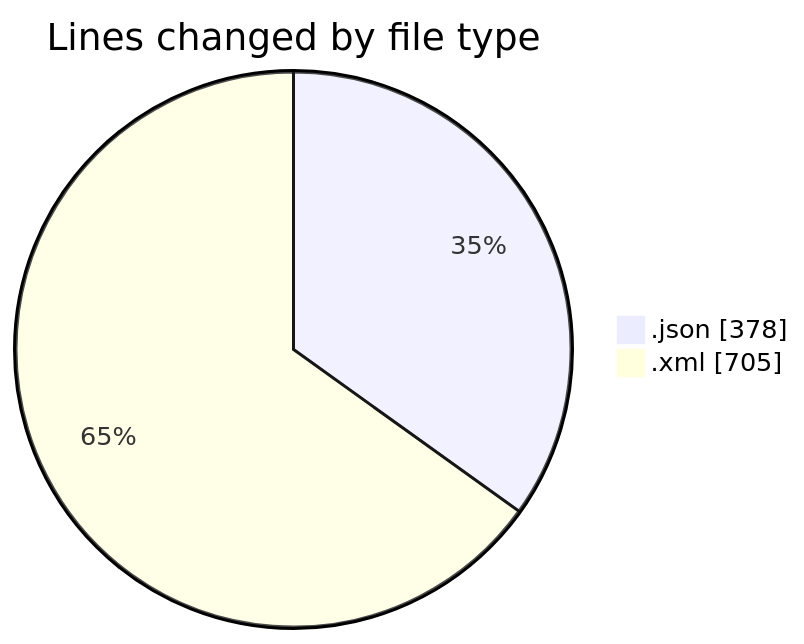
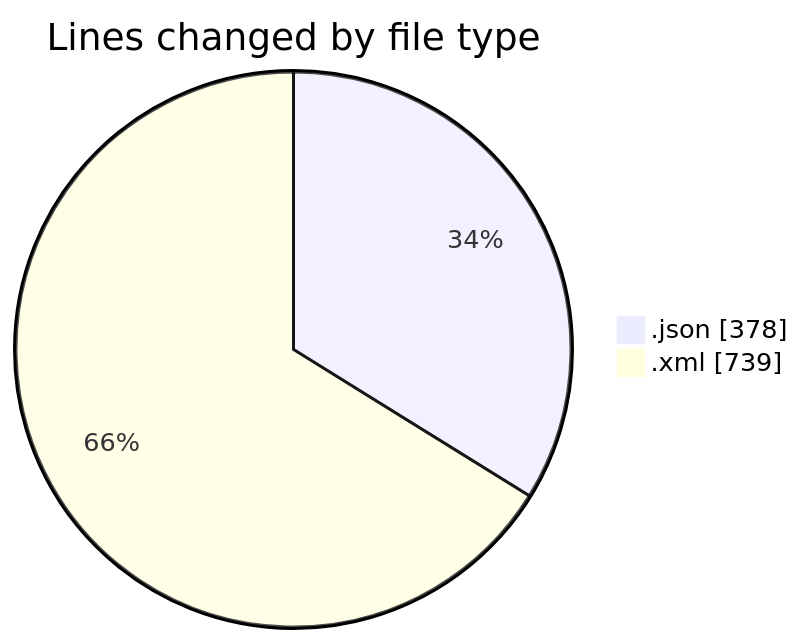
Before and after one commit to charlie-sans/code-tracking: the first of 2 diagrams in 2025-02-23/masm/README.md, drawn with Mermaid. The commit also changed other lines of this file and 1 other file, not shown here.

````diff
--- a/2025-02-23/masm/README.md
+++ b/2025-02-23/masm/README.md
@@ -21,6 +21,6 @@
 ```mermaid
 pie showData
 title Lines changed by file type
 ".json" : 378
-".xml" : 705
+".xml" : 739
 ```
````
